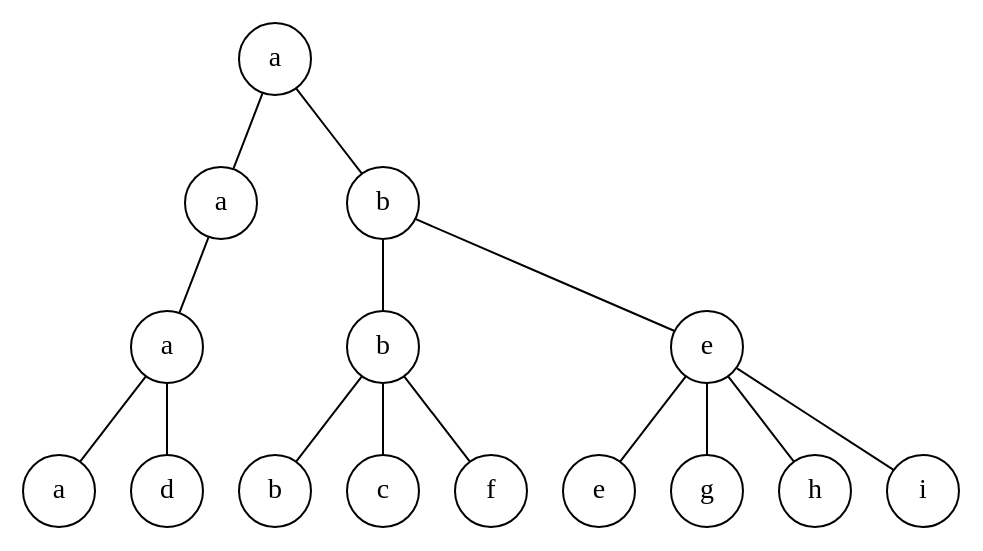
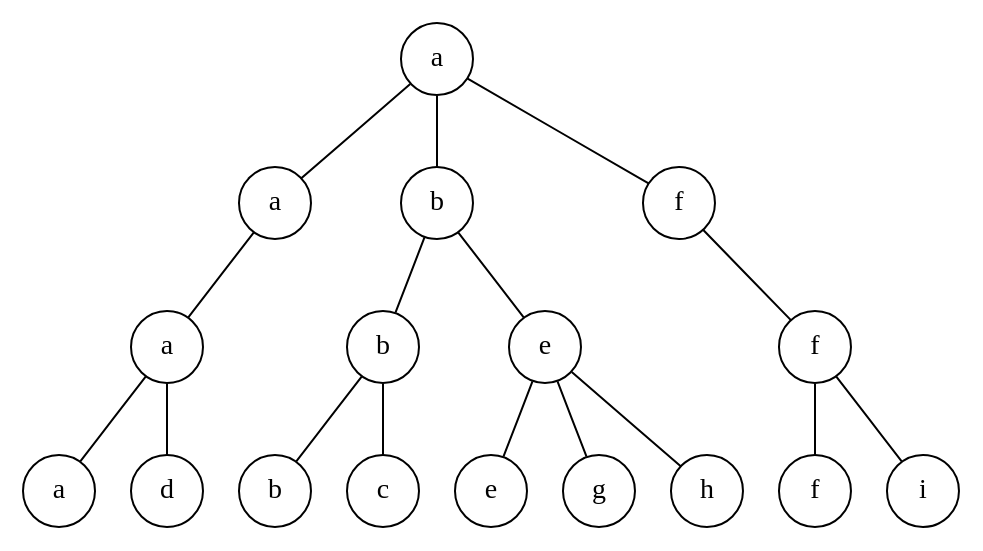
Before and after one commit to sgolodetz/thesis: the diagram in segmentation/graphs/higherlayers-e.gv, drawn with Graphviz. The commit also changed 9 other files, not shown here.

```diff
--- a/segmentation/graphs/higherlayers-e.gv
+++ b/segmentation/graphs/higherlayers-e.gv
@@ -1,35 +1,39 @@
 graph
 {
 	node [shape=circle, style=solid, label=""];
 
 	a3 -- a2;
 	a3 -- b2;
+	a3 -- f2;
 	a2 -- a1;
 	b2 -- b1;
 	b2 -- e1;
+	f2 -- f1;
 	a1 -- a0;
 	a1 -- d0;
 	b1 -- b0;
 	b1 -- c0;
-	b1 -- f0;
 	e1 -- e0;
 	e1 -- g0;
 	e1 -- h0;
-	e1 -- i0;
+	f1 -- f0;
+	f1 -- i0;
 
 	a0 [label=a];
 	a1 [label=a];
 	a2 [label=a];
 	a3 [label=a];
 	b0 [label=b];
 	b1 [label=b];
 	b2 [label=b];
 	c0 [label=c];
 	d0 [label=d];
 	e0 [label=e];
 	e1 [label=e];
 	f0 [label=f];
+	f1 [label=f];
+	f2 [label=f];
 	g0 [label=g];
 	h0 [label=h];
 	i0 [label=i];
 }
```
